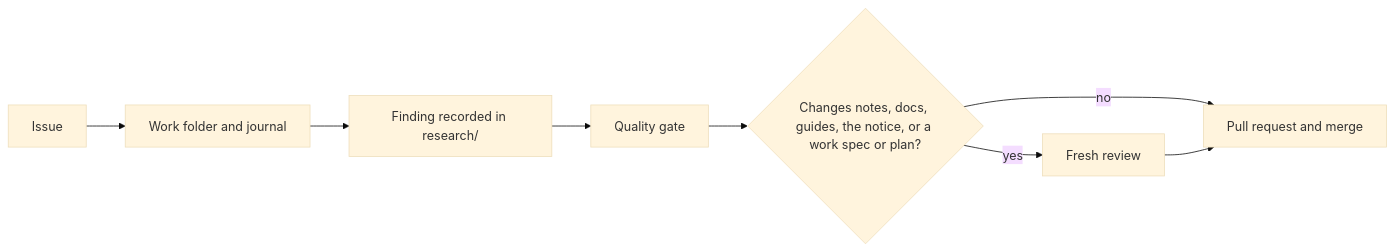
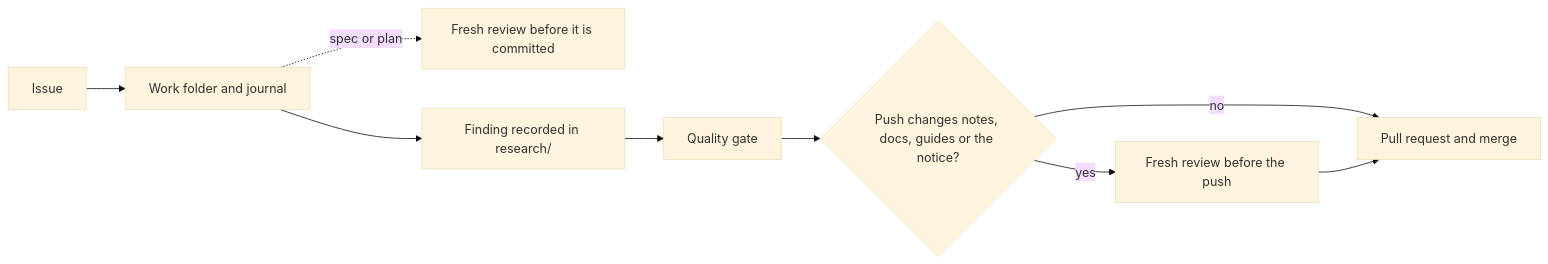
Before and after one commit to neilsh/stunt-reel: the diagram in site/guides/process.md, drawn with Mermaid (base theme). The commit also changed 1 other file, not shown here.

Commit message:
docs(site): show the commit-time fresh review and optional stand-ins (#588)

````diff
--- a/site/guides/process.md
+++ b/site/guides/process.md
@@ -10,10 +10,11 @@
 ```mermaid
 flowchart LR
     A["Issue"] --> B["Work folder and journal"]
+    B -.->|"spec or plan"| S["Fresh review before it is committed"]
     B --> C["Finding recorded in research/"]
     C --> D["Quality gate"]
-    D --> E{"Changes notes, docs, guides, the notice, or a work spec or plan?"}
-    E -->|"yes"| F["Fresh review"]
+    D --> E{"Push changes notes, docs, guides or the notice?"}
+    E -->|"yes"| F["Fresh review before the push"]
     E -->|"no"| G["Pull request and merge"]
     F --> G
 ```
````
